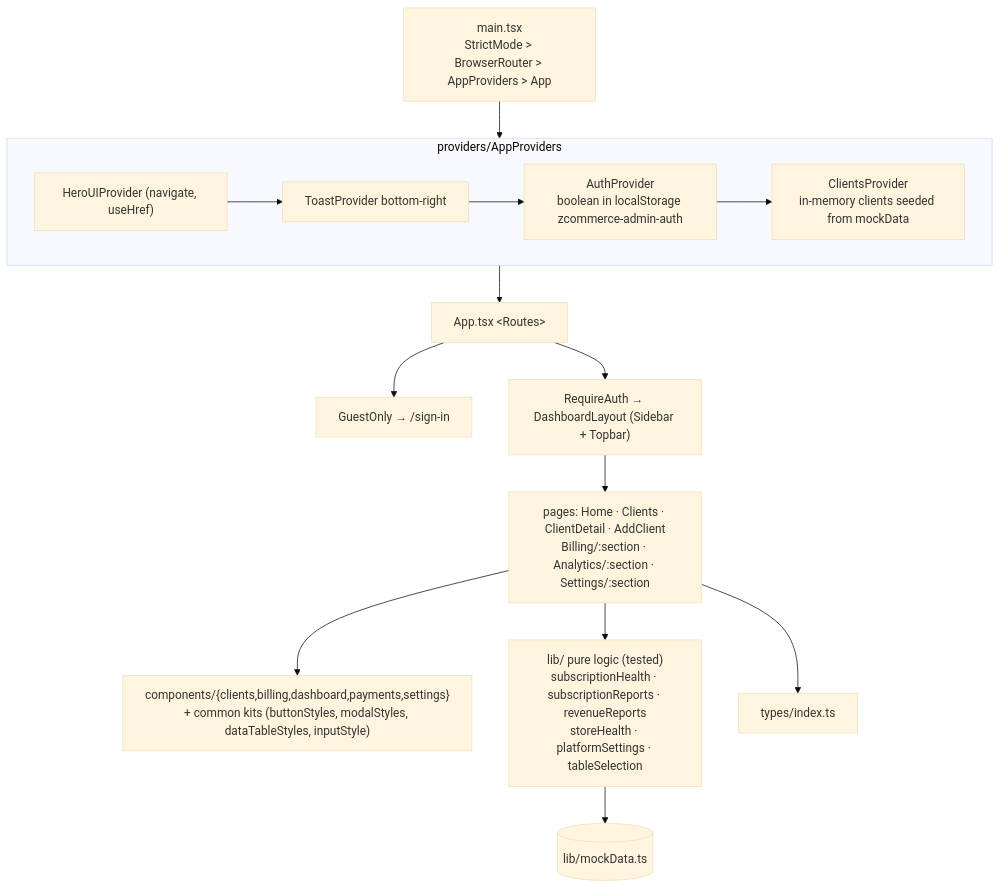
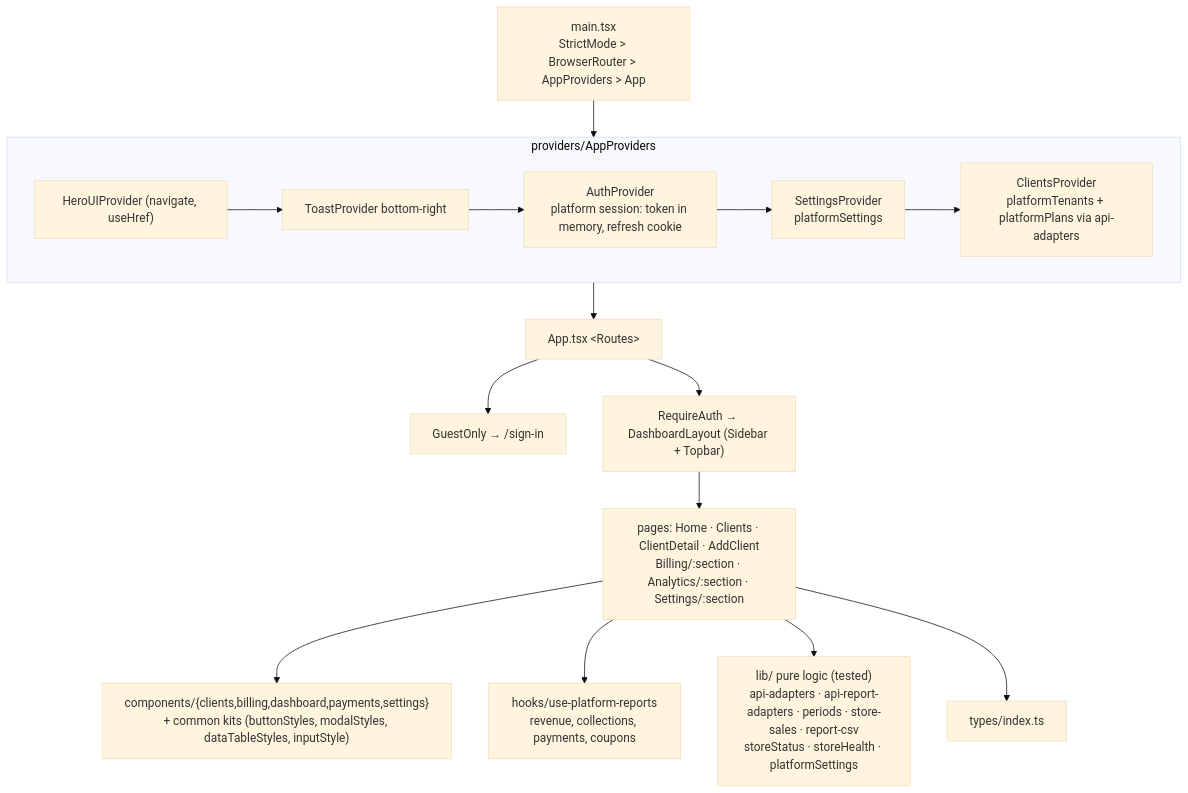
Before and after one commit to Zerror-Studios/Zcommerce-super-admin: the second of 6 diagrams in docs/architecture/solution-architecture.md, drawn with Mermaid (base theme). The commit also changed other lines of this file and 100 other files, not shown here.

````diff
--- a/docs/architecture/solution-architecture.md
+++ b/docs/architecture/solution-architecture.md
@@ -35,15 +33,15 @@
 ```mermaid
 flowchart TB
     MAIN["main.tsx<br/>StrictMode > BrowserRouter > AppProviders > App"] --> PROV
     subgraph PROV["providers/AppProviders"]
-        HP["HeroUIProvider (navigate, useHref)"] --> TP["ToastProvider bottom-right"] --> AUP["AuthProvider<br/>boolean in localStorage zcommerce-admin-auth"] --> CLP["ClientsProvider<br/>in-memory clients seeded from mockData"]
+        HP["HeroUIProvider (navigate, useHref)"] --> TP["ToastProvider bottom-right"] --> AUP["AuthProvider<br/>platform session: token in memory, refresh cookie"] --> SP["SettingsProvider<br/>platformSettings"] --> CLP["ClientsProvider<br/>platformTenants + platformPlans via api-adapters"]
     end
     PROV --> APP["App.tsx &lt;Routes&gt;"]
     APP --> GO["GuestOnly → /sign-in"]
     APP --> RA["RequireAuth → DashboardLayout (Sidebar + Topbar)"]
     RA --> PG["pages: Home · Clients · ClientDetail · AddClient<br/>Billing/:section · Analytics/:section · Settings/:section"]
     PG --> CMP["components/{clients,billing,dashboard,payments,settings}<br/>+ common kits (buttonStyles, modalStyles, dataTableStyles, inputStyle)"]
-    PG --> LIB["lib/ pure logic (tested)<br/>subscriptionHealth · subscriptionReports · revenueReports<br/>storeHealth · platformSettings · tableSelection"]
-    LIB --> MD[("lib/mockData.ts")]
+    PG --> HK["hooks/use-platform-reports<br/>revenue, collections, payments, coupons"]
+    PG --> LIB["lib/ pure logic (tested)<br/>api-adapters · api-report-adapters · periods · store-sales · report-csv<br/>storeStatus · storeHealth · platformSettings"]
     PG --> TY["types/index.ts"]
 ```
````
